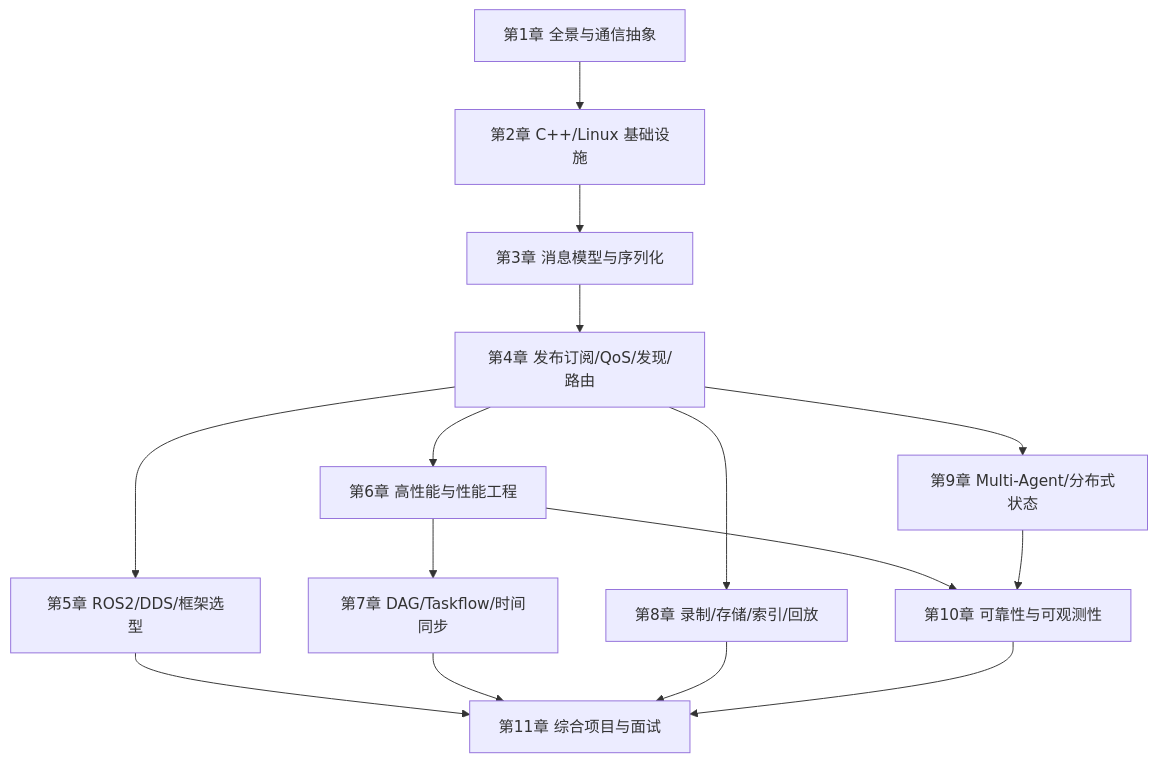
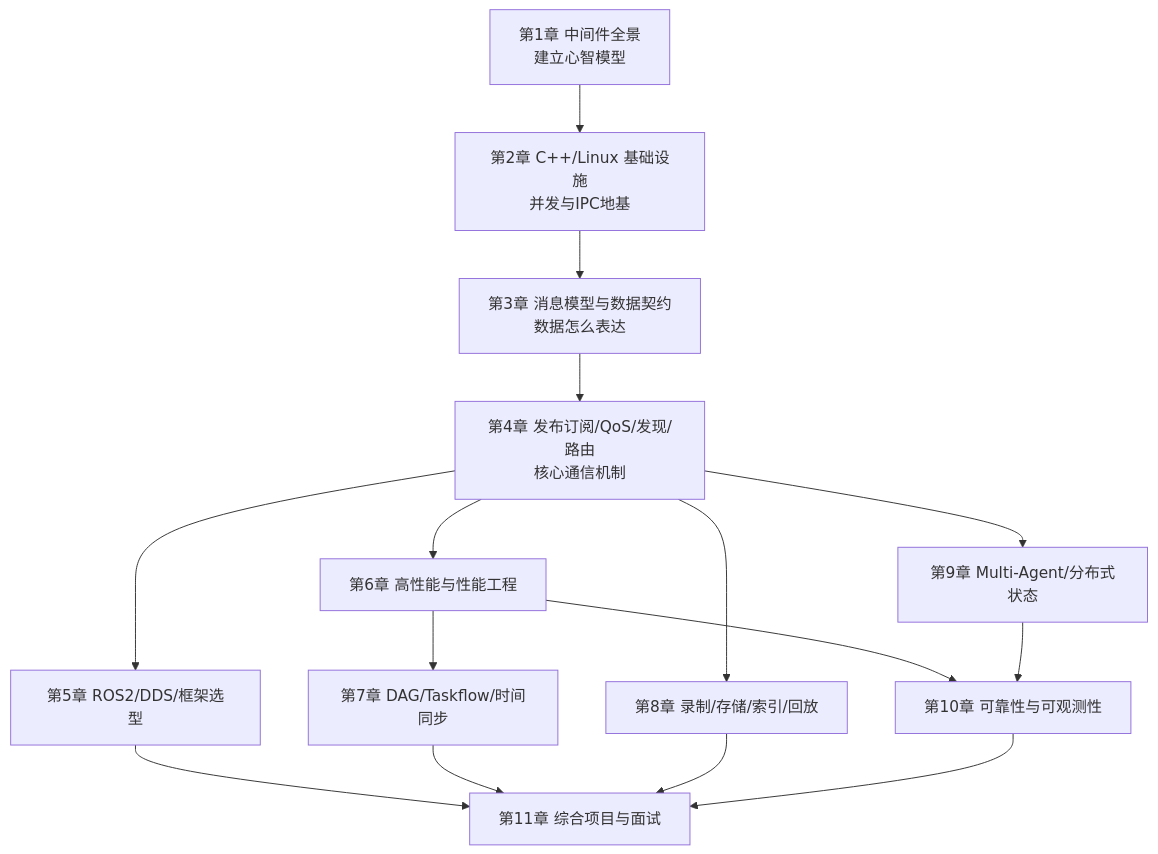
The first of 2 diagrams in docs/index.md (cavemancave/mw-study), drawn with Mermaid before and after one commit. The commit also changed other lines of this file and 6 other files, not shown here.

````diff
--- a/docs/index.md
+++ b/docs/index.md
@@ -56,17 +65,14 @@
 ```mermaid
 flowchart TD
-    C1[第1章 全景与通信抽象] --> C2[第2章 C++/Linux 基础设施]
-    C2 --> C3[第3章 消息模型与序列化]
-    C3 --> C4[第4章 发布订阅/QoS/发现/路由]
+    C1[第1章 中间件全景<br/>建立心智模型] --> C2[第2章 C++/Linux 基础设施<br/>并发与IPC地基]
+    C2 --> C3[第3章 消息模型与数据契约<br/>数据怎么表达]
+    C3 --> C4[第4章 发布订阅/QoS/发现/路由<br/>核心通信机制]
     C4 --> C5[第5章 ROS2/DDS/框架选型]
     C4 --> C6[第6章 高性能与性能工程]
     C6 --> C7[第7章 DAG/Taskflow/时间同步]
     C4 --> C8[第8章 录制/存储/索引/回放]
     C4 --> C9[第9章 Multi-Agent/分布式状态]
     C6 --> C10[第10章 可靠性与可观测性]
     C9 --> C10
-    C5 --> C11[第11章 综合项目与面试]
-    C7 --> C11
-    C8 --> C11
-    C10 --> C11
+    C5 & C7 & C8 & C10 --> C11[第11章 综合项目与面试]
 ```
````
